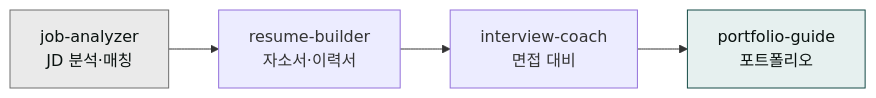
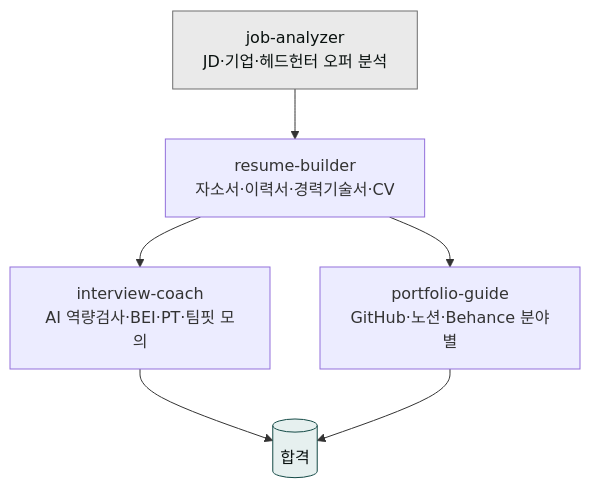
The first of 2 diagrams in content/plugins/moai-career.md (modu-ai/claude), drawn with Mermaid before and after one commit. The commit also changed other lines of this file and 92 other files, not shown here.

````diff
--- a/content/plugins/moai-career.md
+++ b/content/plugins/moai-career.md
@@ -13,8 +13,10 @@
 ```mermaid
-flowchart LR
-    A["job-analyzer<br/>JD 분석·매칭"] --> B["resume-builder<br/>자소서·이력서"]
-    B --> C["interview-coach<br/>면접 대비"]
-    C --> D["portfolio-guide<br/>포트폴리오"]
+flowchart TB
+    A["job-analyzer<br/>JD·기업·헤드헌터 오퍼 분석"] --> B["resume-builder<br/>자소서·이력서·경력기술서·CV"]
+    B --> C["interview-coach<br/>AI 역량검사·BEI·PT·팀핏 모의"]
+    B --> D["portfolio-guide<br/>GitHub·노션·Behance 분야별"]
+    C --> E[(합격)]
+    D --> E
     style A fill:#eaeaea,stroke:#6e6e6e,color:#09110f
-    style D fill:#e6f0ef,stroke:#144a46,color:#09110f
+    style E fill:#e6f0ef,stroke:#144a46,color:#09110f
 ```
````
